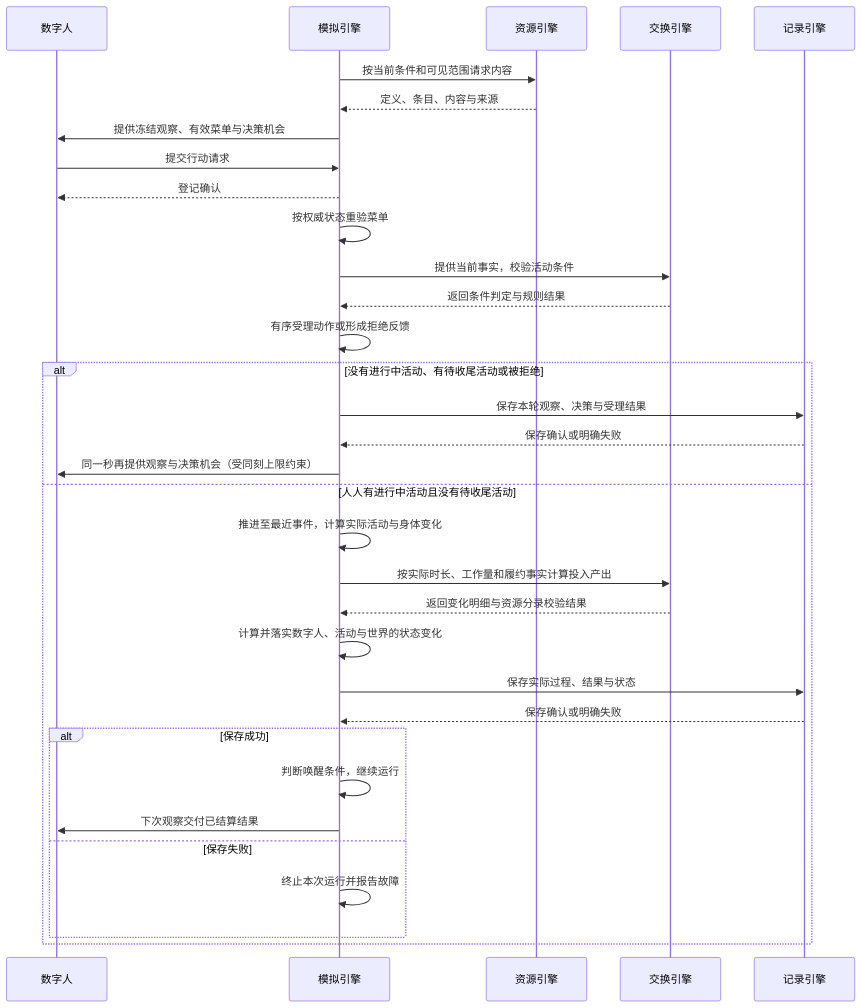
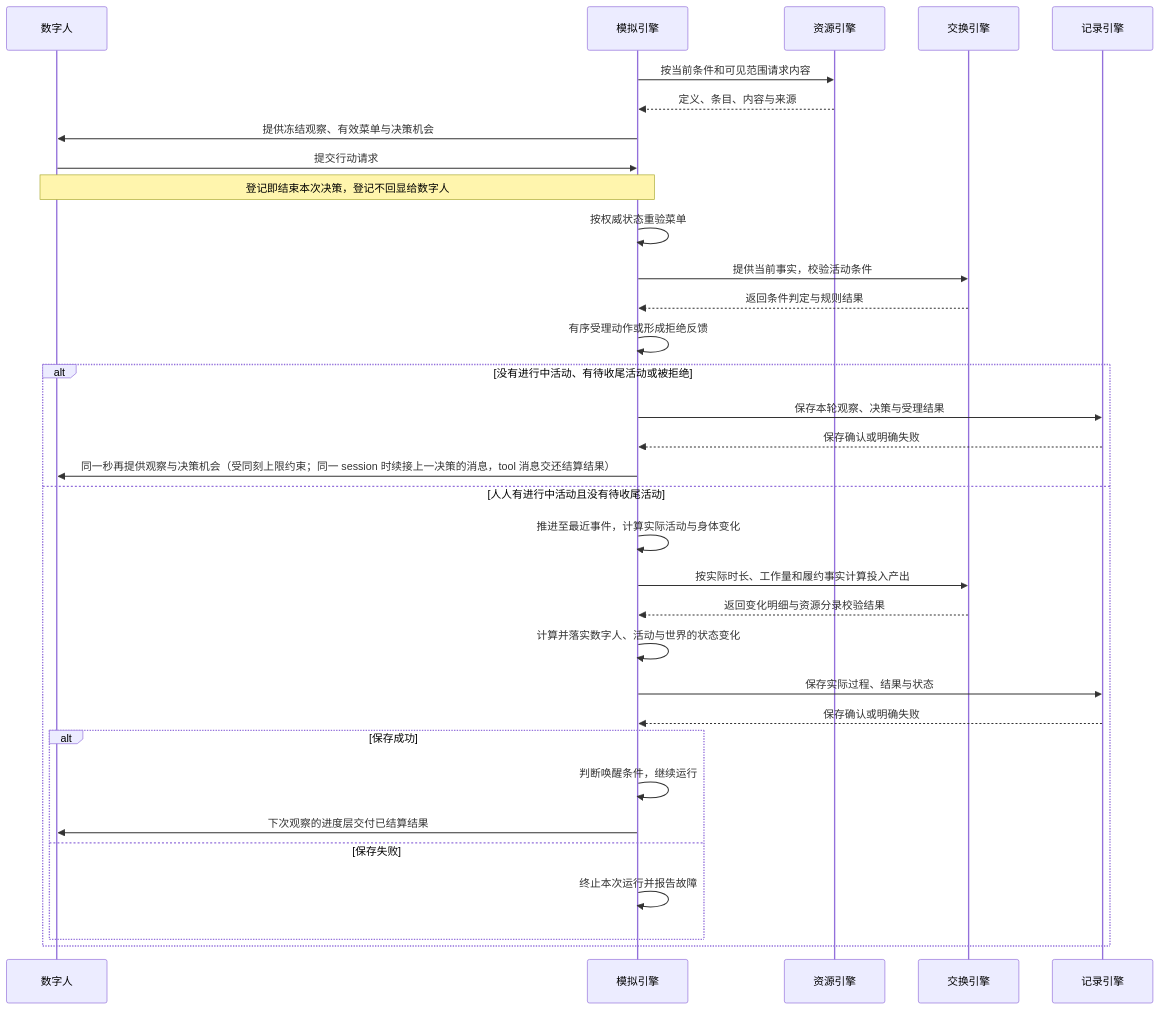
Before and after one commit to HoldThatThgt/WorldMock: the fourth of 8 diagrams in docs/design/01-architecture.md, drawn with Mermaid. The commit also changed other lines of this file and 11 other files, not shown here.

````diff
--- a/docs/design/01-architecture.md
+++ b/docs/design/01-architecture.md
@@ -164,35 +165,35 @@
 ```mermaid
 sequenceDiagram
     participant A as 数字人
     participant S as 模拟引擎
     participant R as 资源引擎
     participant X as 交换引擎
     participant F as 记录引擎
     S->>R: 按当前条件和可见范围请求内容
     R-->>S: 定义、条目、内容与来源
     S->>A: 提供冻结观察、有效菜单与决策机会
     A->>S: 提交行动请求
-    S-->>A: 登记确认
+    Note over A,S: 登记即结束本次决策，登记不回显给数字人
     S->>S: 按权威状态重验菜单
     S->>X: 提供当前事实，校验活动条件
     X-->>S: 返回条件判定与规则结果
     S->>S: 有序受理动作或形成拒绝反馈
     alt 没有进行中活动、有待收尾活动或被拒绝
         S->>F: 保存本轮观察、决策与受理结果
         F-->>S: 保存确认或明确失败
-        S->>A: 同一秒再提供观察与决策机会（受同刻上限约束）
+        S->>A: 同一秒再提供观察与决策机会（受同刻上限约束；同一 session 时续接上一决策的消息，tool 消息交还结算结果）
     else 人人有进行中活动且没有待收尾活动
         S->>S: 推进至最近事件，计算实际活动与身体变化
         S->>X: 按实际时长、工作量和履约事实计算投入产出
         X-->>S: 返回变化明细与资源分录校验结果
         S->>S: 计算并落实数字人、活动与世界的状态变化
         S->>F: 保存实际过程、结果与状态
         F-->>S: 保存确认或明确失败
         alt 保存成功
             S->>S: 判断唤醒条件，继续运行
-            S->>A: 下次观察交付已结算结果
+            S->>A: 下次观察的进度层交付已结算结果
         else 保存失败
             S->>S: 终止本次运行并报告故障
         end
     end
 ```
````
